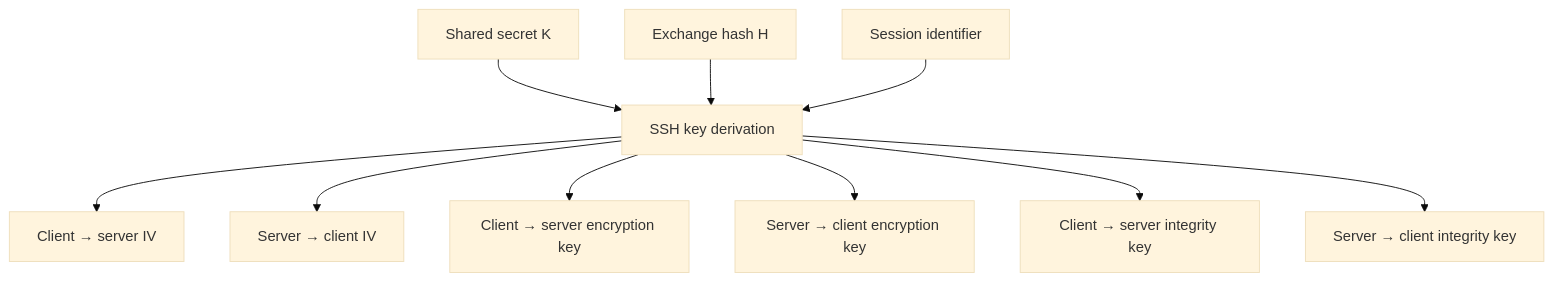
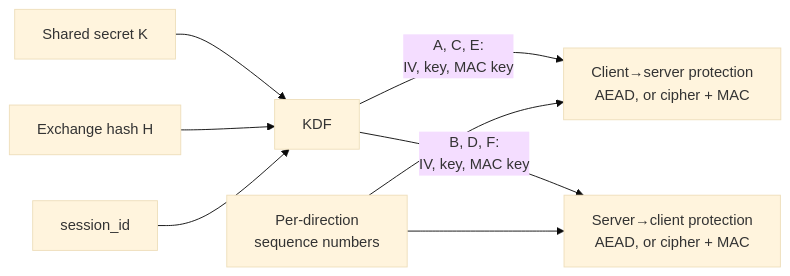
The third of 8 diagrams in src/cryptography-primer.md (fornwall/ssh-protocol), drawn with Mermaid (base theme) before and after one commit. The commit also changed other lines of this file and 26 other files, not shown here.

````diff
--- a/src/cryptography-primer.md
+++ b/src/cryptography-primer.md
@@ -149,12 +123,10 @@
 ```mermaid
-flowchart TB
-    K["Shared secret K"] --> D["SSH key derivation"]
-    H["Exchange hash H"] --> D
-    SID["Session identifier"] --> D
-    D --> CIV["Client → server IV"]
-    D --> SIV["Server → client IV"]
-    D --> CEK["Client → server encryption key"]
-    D --> SEK["Server → client encryption key"]
-    D --> CIK["Client → server integrity key"]
-    D --> SIK["Server → client integrity key"]
+flowchart LR
+    K["Shared secret K"] --> KDF["KDF"]
+    H["Exchange hash H"] --> KDF
+    SID["session_id"] --> KDF
+    KDF -->|"A, C, E:<br/>IV, key, MAC key"| PC["Client→server protection<br/>AEAD, or cipher + MAC"]
+    KDF -->|"B, D, F:<br/>IV, key, MAC key"| PS["Server→client protection<br/>AEAD, or cipher + MAC"]
+    SEQ["Per-direction<br/>sequence numbers"] --> PC
+    SEQ --> PS
 ```
````
